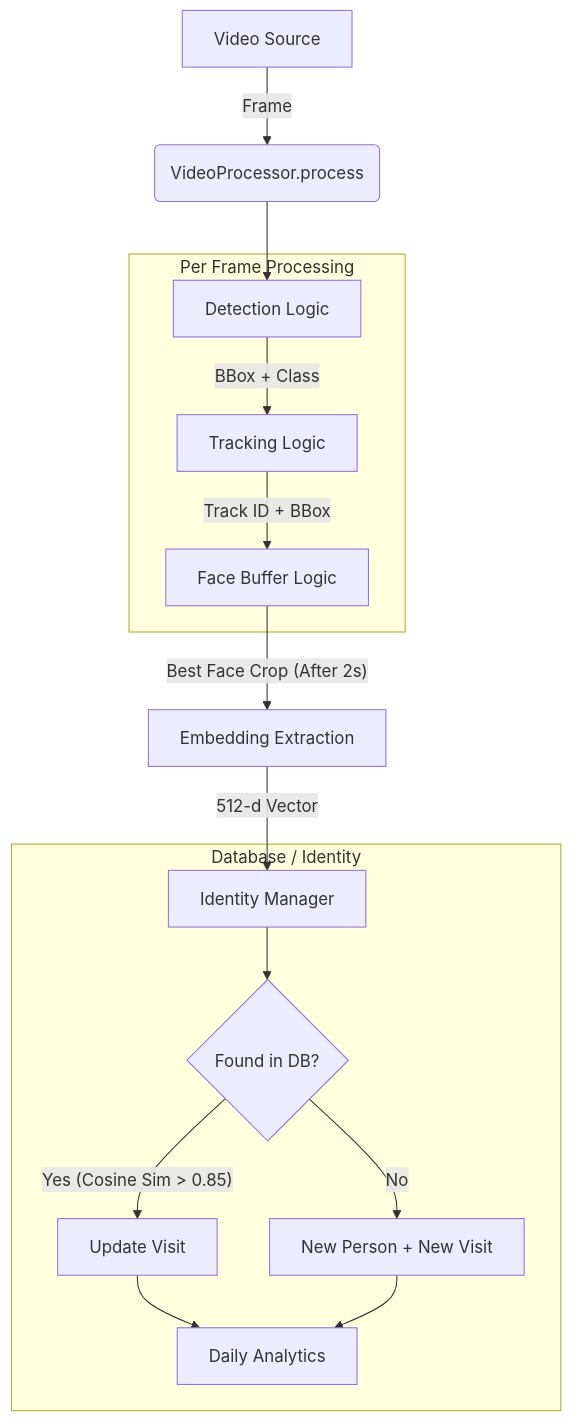
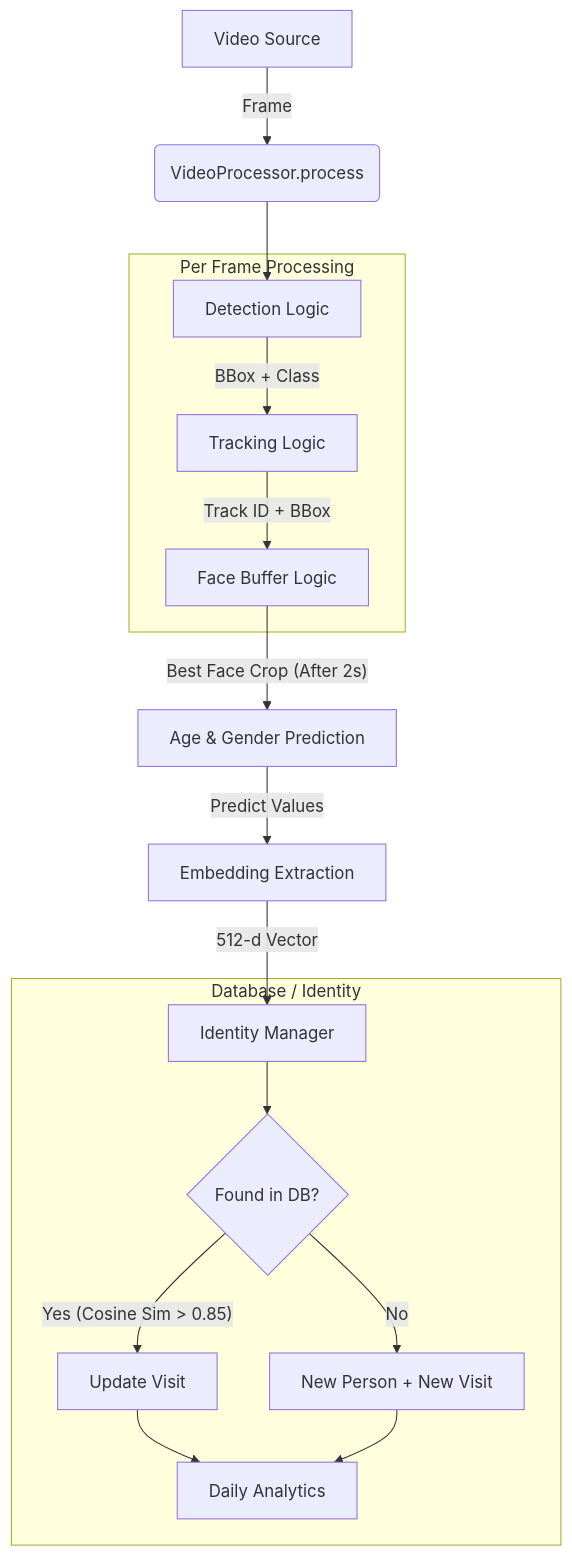
One commit to tripadit/queensNewYork changed the diagram in architecture_docs.md. Above: the diagram before and after it, drawn with Mermaid. The commit also changed other lines of this file and 5 other files, not shown here.

Commit message:
Age and Gender Model and its corresponding customization and database model updated

````diff
--- a/architecture_docs.md
+++ b/architecture_docs.md
@@ -9,24 +9,25 @@
 ```mermaid
 graph TD
     A["Video Source"] -->|Frame| B("VideoProcessor.process")
     B --> C["Detection Logic"]
     C -->|"BBox + Class"| D["Tracking Logic"]
     D -->|"Track ID + BBox"| E["Face Buffer Logic"]
     
     subgraph "Per Frame Processing"
         C
         D
         E
     end
     
-    E -->|"Best Face Crop (After 2s)"| F["Embedding Extraction"]
-    F -->|"512-d Vector"| G["Identity Manager"]
+    E -->|"Best Face Crop (After 2s)"| F1["Age & Gender Prediction"]
+    F1 -->|"Predict Values"| F2["Embedding Extraction"]
+    F2 -->|"512-d Vector"| G["Identity Manager"]
     
     subgraph "Database / Identity"
         G --> H{"Found in DB?"}
         H -->|"Yes (Cosine Sim > 0.85)"| I["Update Visit"]
         H -->|No| J["New Person + New Visit"]
         I --> K["Daily Analytics"]
         J --> K
     end
 ```
````
